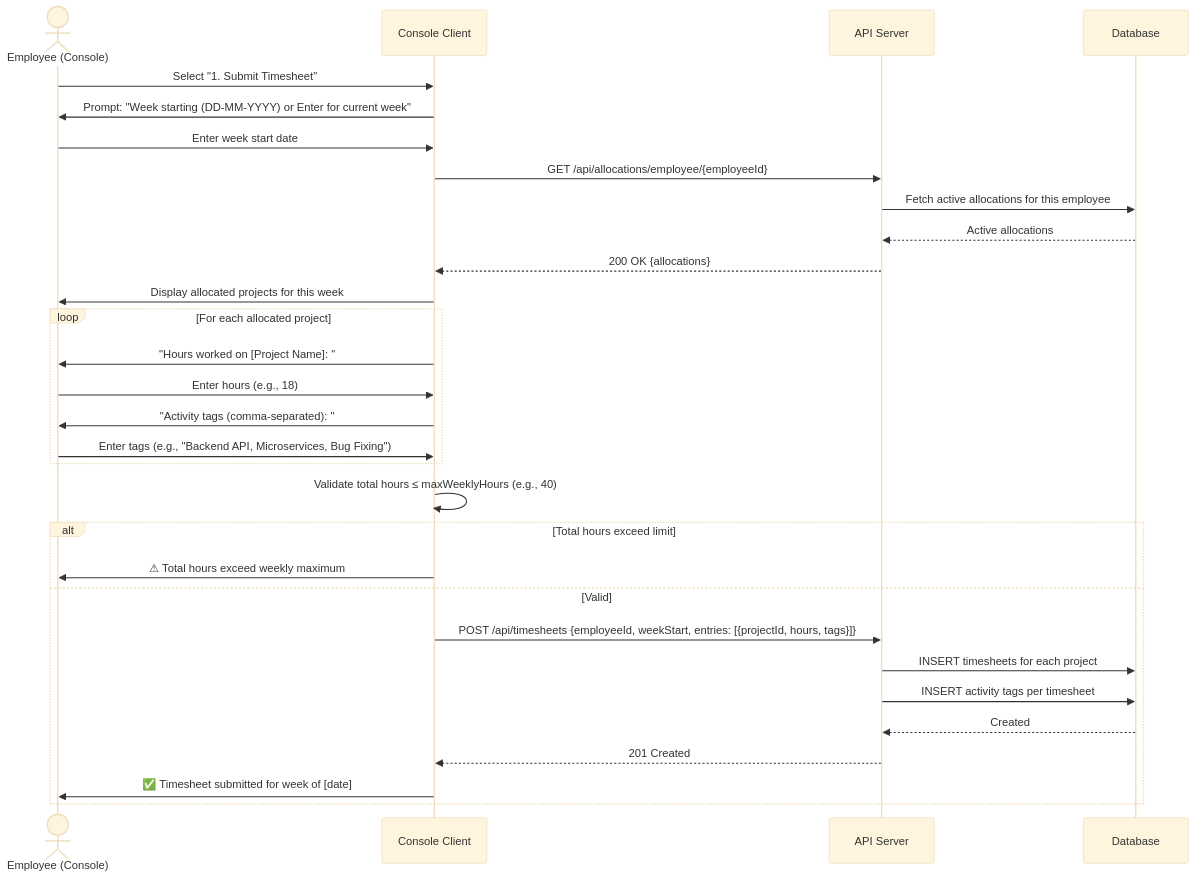
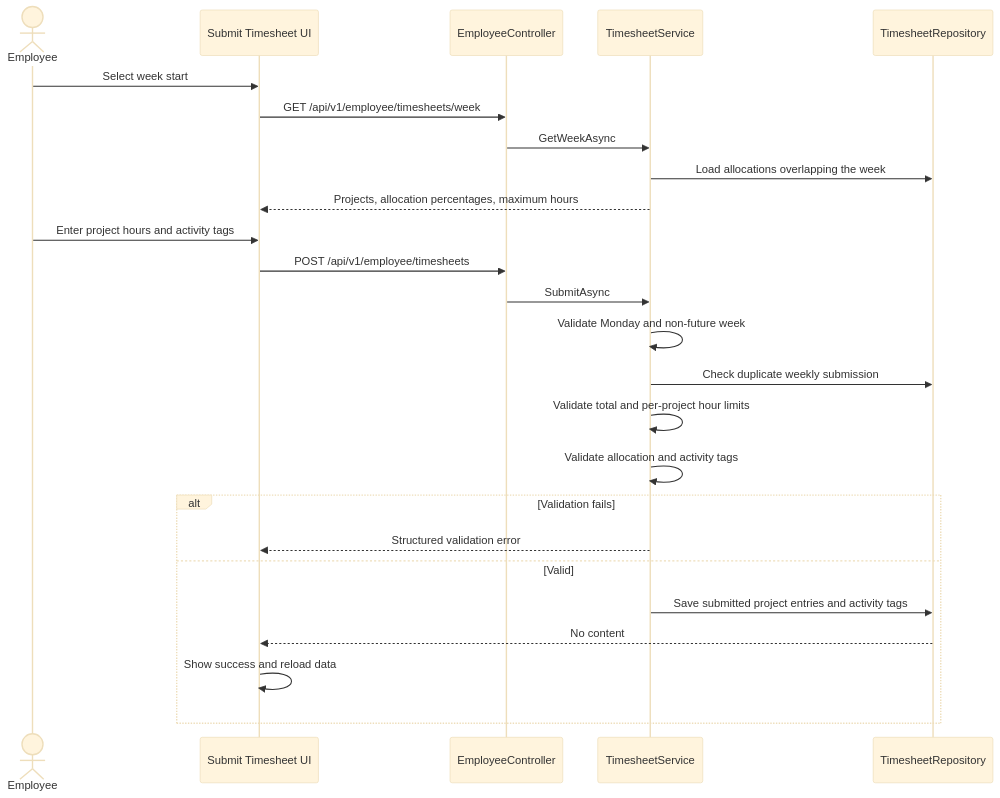
One commit to AayushGargITT/AayushGarg-LearnCode-2025-26 changed diagram 16 of 17 in ResourceMindAi/readme.md. Above: the diagram before and after it, drawn with Mermaid (base theme). The commit also changed other lines of this file, not shown here.

Commit message:
docs(readme): update architecture and diagrams to reflect latest PRM workflows

````diff
--- a/ResourceMindAi/readme.md
+++ b/ResourceMindAi/readme.md
@@ -1010,38 +742,29 @@
 ```mermaid
 sequenceDiagram
-    actor E as Employee (Console)
-    participant C as Console Client
-    participant S as API Server
-    participant DB as Database
+    actor Employee
+    participant UI as Submit Timesheet UI
+    participant API as EmployeeController
+    participant Service as TimesheetService
+    participant Repo as TimesheetRepository
 
-    E->>C: Select "1. Submit Timesheet"
-    C->>E: Prompt: "Week starting (DD-MM-YYYY) or Enter for current week"
-    E->>C: Enter week start date
+    Employee->>UI: Select week start
+    UI->>API: GET /api/v1/employee/timesheets/week
+    API->>Service: GetWeekAsync
+    Service->>Repo: Load allocations overlapping the week
+    Service-->>UI: Projects, allocation percentages, maximum hours
+    Employee->>UI: Enter project hours and activity tags
+    UI->>API: POST /api/v1/employee/timesheets
+    API->>Service: SubmitAsync
+    Service->>Service: Validate Monday and non-future week
+    Service->>Repo: Check duplicate weekly submission
+    Service->>Service: Validate total and per-project hour limits
+    Service->>Service: Validate allocation and activity tags
 
-    C->>S: GET /api/allocations/employee/{employeeId}
-    S->>DB: Fetch active allocations for this employee
-    DB-->>S: Active allocations
-    S-->>C: 200 OK {allocations}
-
-    C->>E: Display allocated projects for this week
-
-    loop For each allocated project
-        C->>E: "Hours worked on [Project Name]: "
-        E->>C: Enter hours (e.g., 18)
-        C->>E: "Activity tags (comma-separated): "
-        E->>C: Enter tags (e.g., "Backend API, Microservices, Bug Fixing")
-    end
-
-    C->>C: Validate total hours ≤ maxWeeklyHours (e.g., 40)
-
-    alt Total hours exceed limit
-        C->>E: ⚠ Total hours exceed weekly maximum
+    alt Validation fails
+        Service-->>UI: Structured validation error
     else Valid
-        C->>S: POST /api/timesheets {employeeId, weekStart, entries: [{projectId, hours, tags}]}
-        S->>DB: INSERT timesheets for each project
-        S->>DB: INSERT activity tags per timesheet
-        DB-->>S: Created
-        S-->>C: 201 Created
-        C->>E: ✅ Timesheet submitted for week of [date]
+        Service->>Repo: Save submitted project entries and activity tags
+        Repo-->>UI: No content
+        UI->>UI: Show success and reload data
     end
 ```
````
